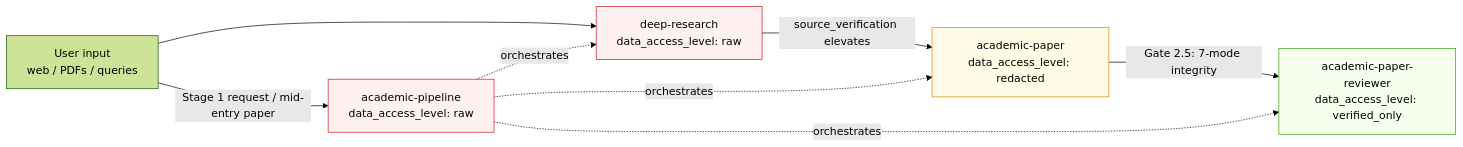
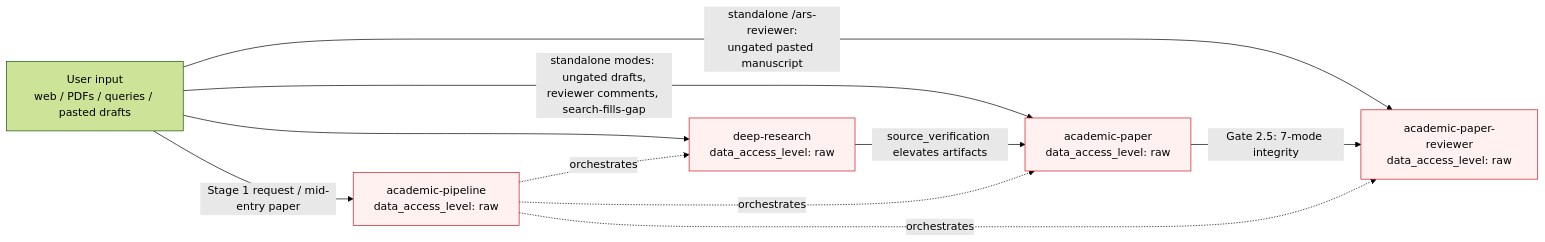
The second of 5 diagrams in skills/academic-research-suite/ars/docs/ARCHITECTURE.md (huangnan29/academic-research-skills-grok), drawn with Mermaid (forest theme) before and after one commit. The commit also changed other lines of this file and 103 other files, not shown here.

````diff
--- a/skills/academic-research-suite/ars/docs/ARCHITECTURE.md
+++ b/skills/academic-research-suite/ars/docs/ARCHITECTURE.md
@@ -116,23 +116,21 @@
 ```mermaid
 flowchart LR
-    User[User input<br/>web / PDFs / queries]
+    User[User input<br/>web / PDFs / queries / pasted drafts]
     Raw[deep-research<br/>data_access_level: raw]
-    Red[academic-paper<br/>data_access_level: redacted]
-    Ver1[academic-paper-reviewer<br/>data_access_level: verified_only]
+    Red[academic-paper<br/>data_access_level: raw]
+    Ver1[academic-paper-reviewer<br/>data_access_level: raw]
     Orch[academic-pipeline<br/>data_access_level: raw]
 
     User --> Raw
+    User -- standalone modes: ungated drafts,<br/>reviewer comments, search-fills-gap --> Red
+    User -- standalone /ars-reviewer:<br/>ungated pasted manuscript --> Ver1
     User -- Stage 1 request / mid-entry paper --> Orch
-    Raw -- source_verification elevates --> Red
+    Raw -- source_verification elevates artifacts --> Red
     Red -- Gate 2.5: 7-mode integrity --> Ver1
     Orch -. orchestrates .-> Raw
     Orch -. orchestrates .-> Red
     Orch -. orchestrates .-> Ver1
 
     classDef raw fill:#fff1f0,stroke:#cf1322
-    classDef red fill:#fffbe6,stroke:#d48806
-    classDef ver fill:#f6ffed,stroke:#389e0d
-    class Raw,Orch raw
-    class Red red
-    class Ver1 ver
+    class Raw,Red,Ver1,Orch raw
 ```
````
